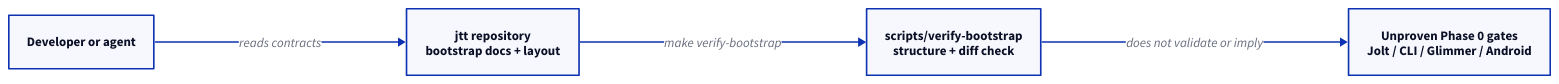
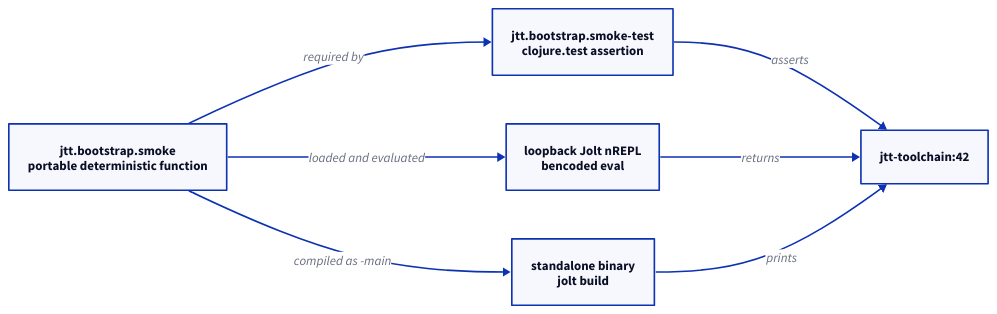
One commit to norbot7865/jolt-time-tracker changed the diagram in docs/ARCHITECTURE.md. Above: the diagram before and after it, drawn with D2. The commit also changed other lines of this file and 15 other files, not shown here.

Commit message:
time-tracker-factory-pu8.2 pin Jolt toolchain proof

````diff
--- a/docs/ARCHITECTURE.md
+++ b/docs/ARCHITECTURE.md
@@ -17,12 +17,16 @@
 ```d2
 direction: right
 
-human: "Developer or agent"
-repo: "jtt repository\nbootstrap docs + layout"
-verify: "scripts/verify-bootstrap\nstructure + diff check"
-future: "Unproven Phase 0 gates\nJolt / CLI / Glimmer / Android"
+source: "jtt.bootstrap.smoke\nportable deterministic function"
+test: "jtt.bootstrap.smoke-test\nclojure.test assertion"
+nrepl: "loopback Jolt nREPL\nbencoded eval"
+binary: "standalone binary\njolt build"
+output: "jtt-toolchain:42"
 
-human -> repo: "reads contracts"
-repo -> verify: "make verify-bootstrap"
-verify -> future: "does not validate or imply"
+source -> test: "required by"
+source -> nrepl: "loaded and evaluated"
+source -> binary: "compiled as -main"
+test -> output: "asserts"
+nrepl -> output: "returns"
+binary -> output: "prints"
 ```
````
